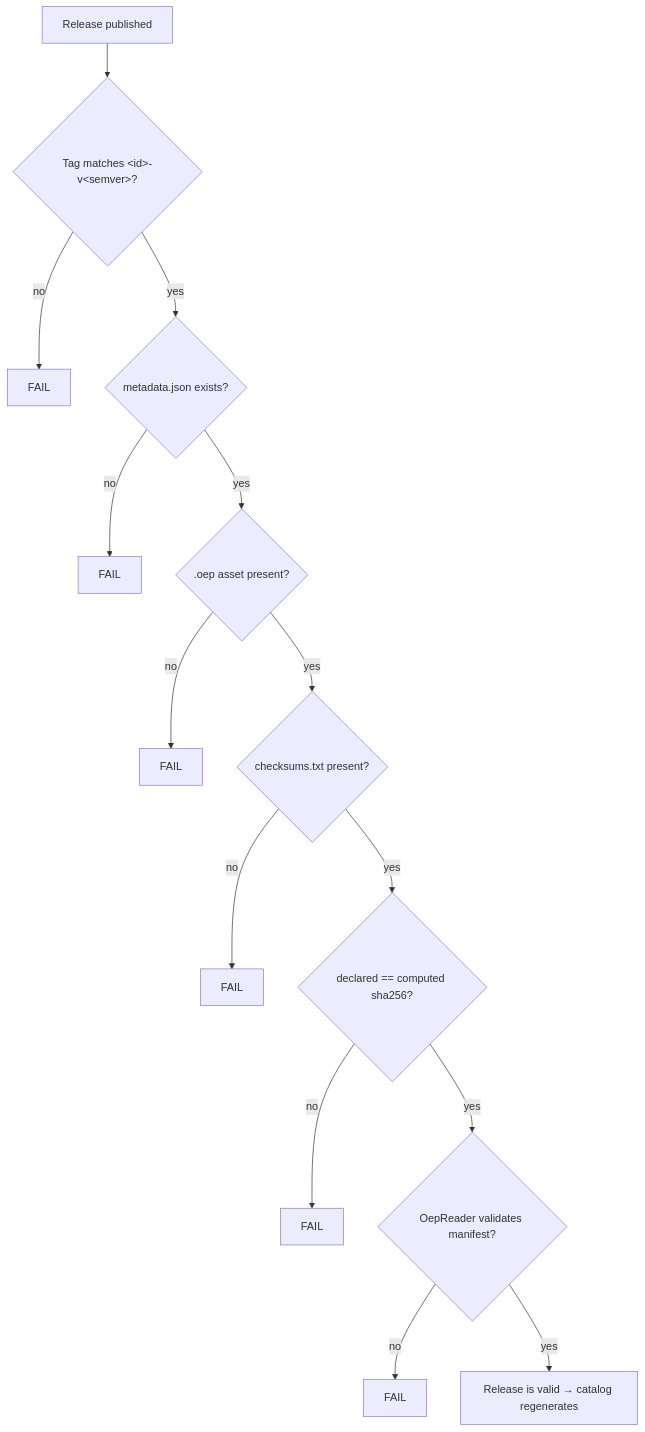
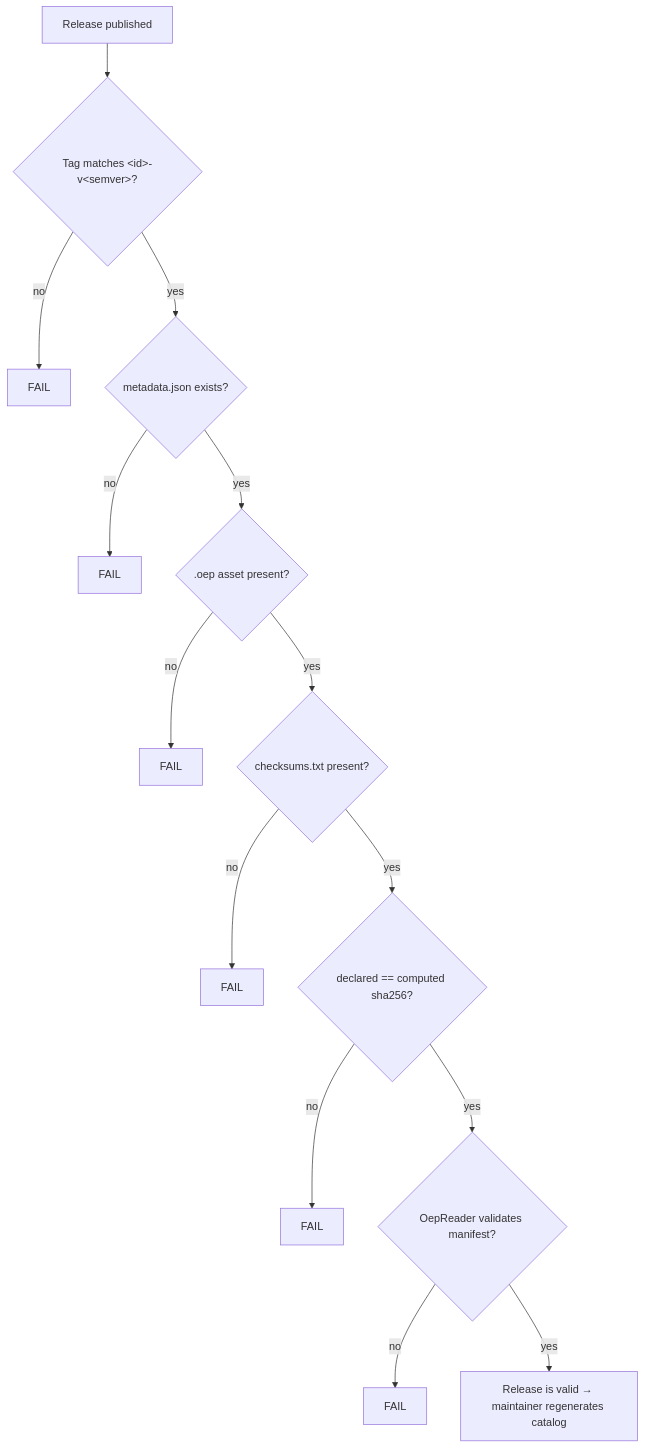
The diagram in docs/RELEASE_PROCESS.md (spatnaik1982/openedu-library), drawn with Mermaid before and after one commit. The commit also changed other lines of this file and 5 other files, not shown here.

````diff
--- a/docs/RELEASE_PROCESS.md
+++ b/docs/RELEASE_PROCESS.md
@@ -26,16 +26,16 @@
 ```mermaid
 flowchart TD
     R[Release published] --> T{Tag matches &lt;id&gt;-v&lt;semver&gt;?}
     T -->|no| X1[FAIL]
     T -->|yes| M{metadata.json exists?}
     M -->|no| X2[FAIL]
     M -->|yes| A{.oep asset present?}
     A -->|no| X3[FAIL]
     A -->|yes| C{checksums.txt present?}
     C -->|no| X4[FAIL]
     C -->|yes| D{declared == computed sha256?}
     D -->|no| X5[FAIL]
     D -->|yes| I{OepReader validates manifest?}
     I -->|no| X6[FAIL]
-    I -->|yes| OK[Release is valid → catalog regenerates]
+    I -->|yes| OK[Release is valid → maintainer regenerates catalog]
 ```
````
